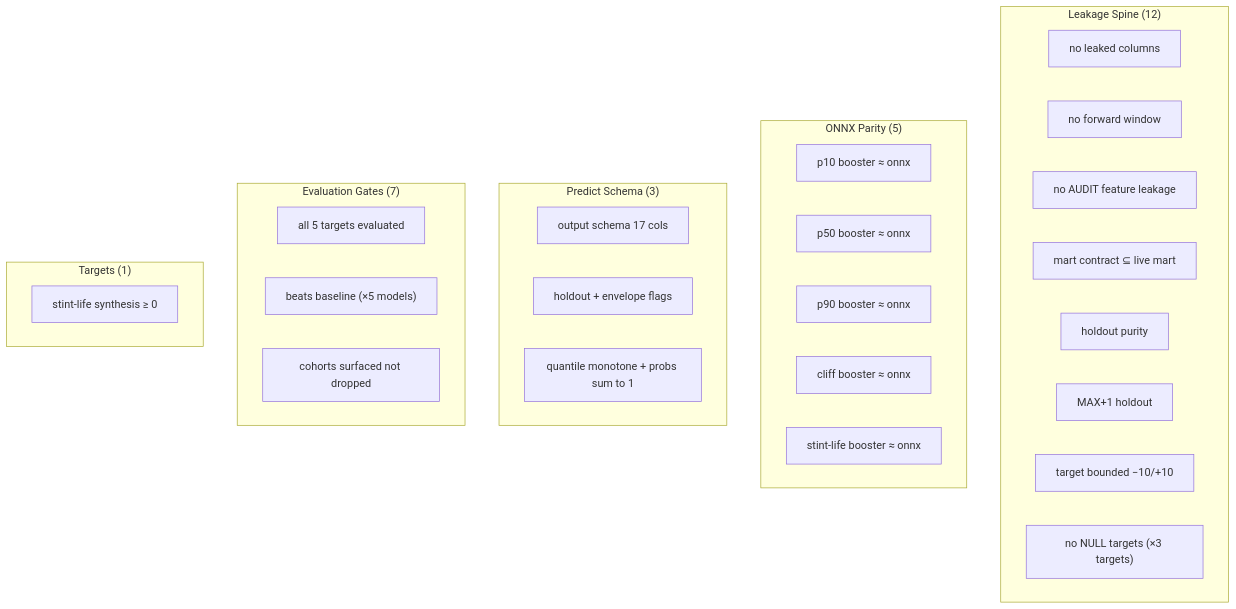
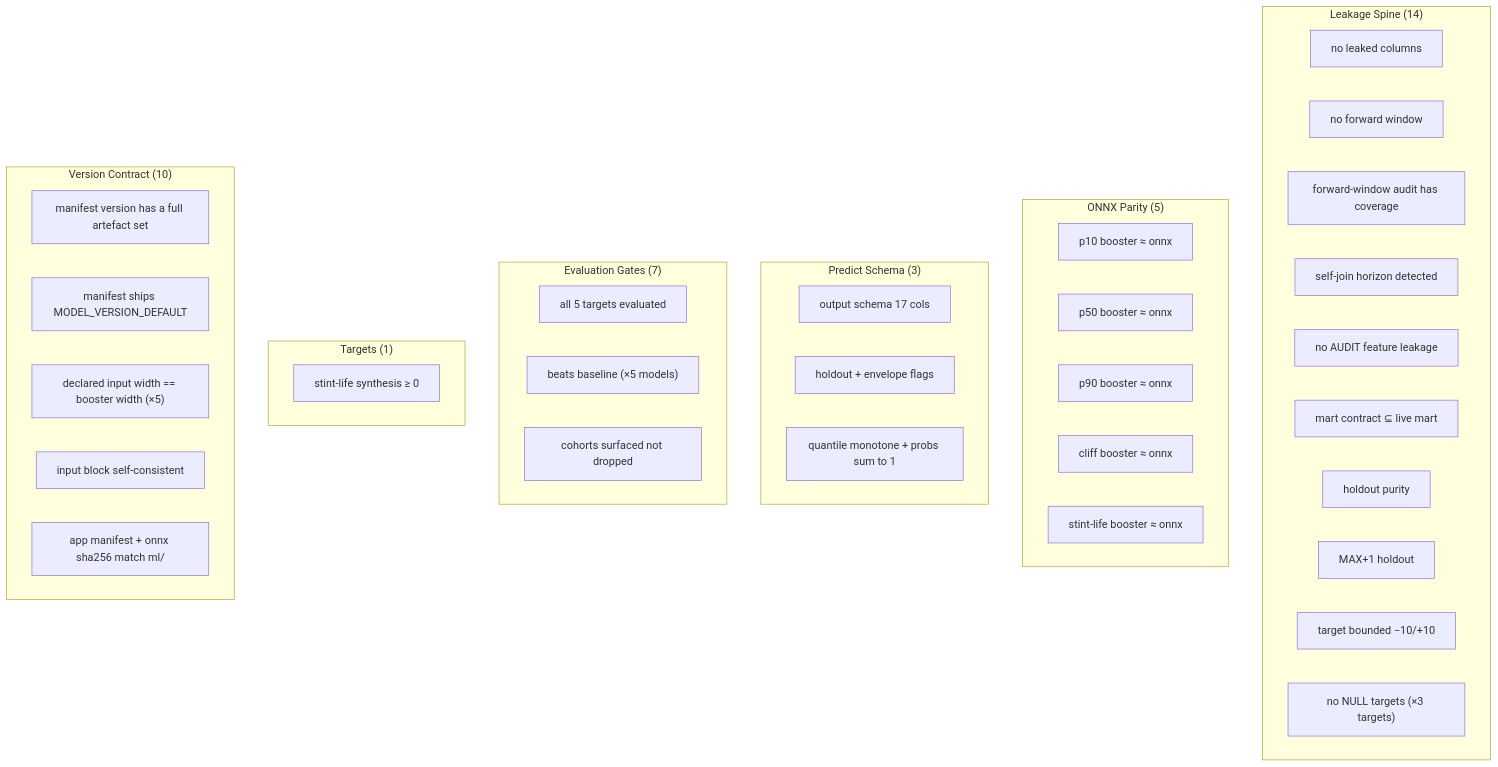
The diagram in docs/ml/ci/overview.mdx (JustinClarke/off-the-pace), drawn with Mermaid before and after one commit. The commit also changed other lines of this file and 80 other files, not shown here.

Commit message:
Update model hashes, add manifest contract tests, and create SQL assertion for cliff class horizon partition

````diff
--- a/docs/ml/ci/overview.mdx
+++ b/docs/ml/ci/overview.mdx
@@ -31,33 +31,42 @@
 ```mermaid
 graph TD
-    subgraph "Leakage Spine (12)"
+    subgraph "Leakage Spine (14)"
         L1["no leaked columns"]
         L2["no forward window"]
+        L2b["forward-window audit has coverage"]
+        L2c["self-join horizon detected"]
         L3["no AUDIT feature leakage"]
         L4["mart contract ⊆ live mart"]
         L5["holdout purity"]
         L6["MAX+1 holdout"]
         L7["target bounded −10/+10"]
         L8["no NULL targets (×3 targets)"]
     end
     subgraph "ONNX Parity (5)"
         O1["p10 booster ≈ onnx"]
         O2["p50 booster ≈ onnx"]
         O3["p90 booster ≈ onnx"]
         O4["cliff booster ≈ onnx"]
         O5["stint-life booster ≈ onnx"]
     end
     subgraph "Predict Schema (3)"
         P1["output schema 17 cols"]
         P2["holdout + envelope flags"]
         P3["quantile monotone + probs sum to 1"]
     end
     subgraph "Evaluation Gates (7)"
         E1["all 5 targets evaluated"]
         E2["beats baseline (×5 models)"]
         E3["cohorts surfaced not dropped"]
     end
     subgraph "Targets (1)"
         T1["stint-life synthesis ≥ 0"]
     end
+    subgraph "Version Contract (10)"
+        V1["manifest version has a full artefact set"]
+        V2["manifest ships MODEL_VERSION_DEFAULT"]
+        V3["declared input width == booster width (×5)"]
+        V4["input block self-consistent"]
+        V5["app manifest + onnx sha256 match ml/"]
+    end
 ```
````
